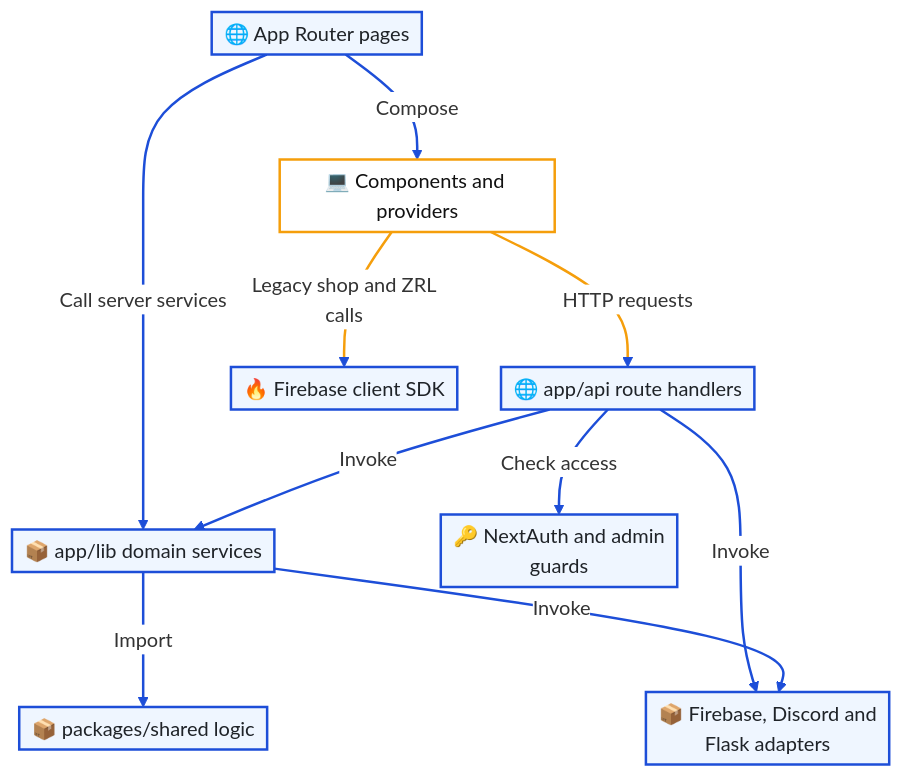
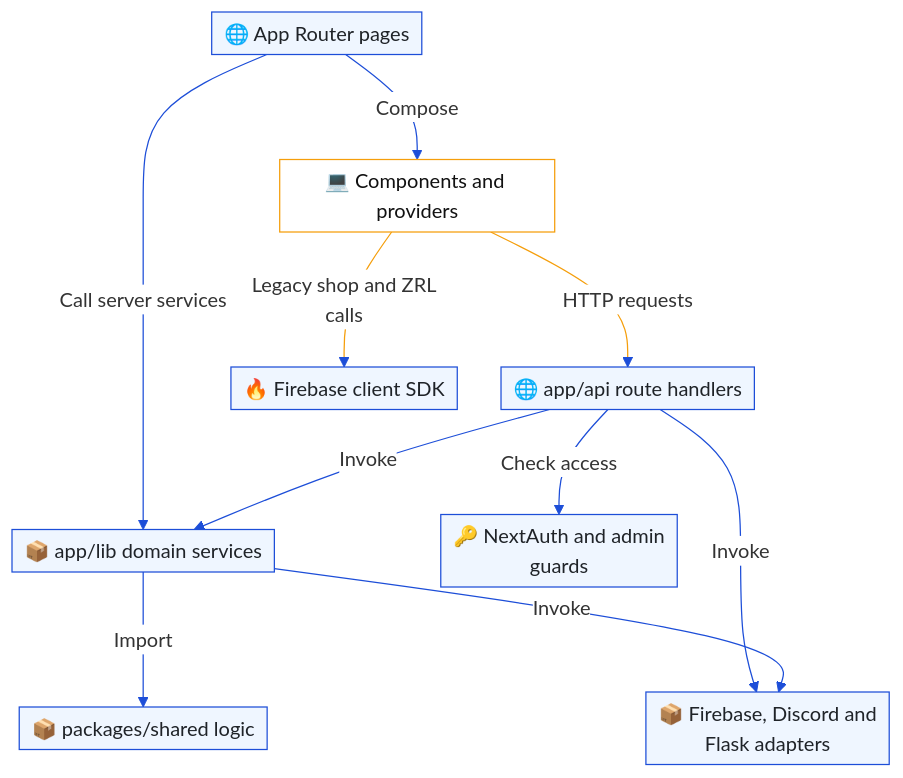
The first of 3 diagrams in docs/architecture/code-map.md (T00few2/dzr), drawn with Mermaid before and after one commit. The commit also changed other lines of this file and 34 other files, not shown here.

Commit message:
docs: use normal strokes and enforce 12px sequence labels

````diff
--- a/docs/architecture/code-map.md
+++ b/docs/architecture/code-map.md
@@ -14,32 +14,32 @@
 ```mermaid
 ---
 config:
   theme: base
   themeVariables:
     edgeLabelBackground: '#ffffff'
   themeCSS: |
     .edgeLabel, .edgeLabel p { font-size: 12px !important; }
     :is(&) { background: #ffffff; }
   flowchart:
     padding: 5
     nodeSpacing: 35
     rankSpacing: 60
 ---
 flowchart TB
     pages["🌐 App Router pages"] -->|Compose| ui["💻 Components and providers"]
     pages -->|Call server services| lib["📦 app/lib domain services"]
     ui -->|HTTP requests| routes["🌐 app/api route handlers"]
     routes -->|Check access| auth["🔑 NextAuth and admin<br/>guards"]
     routes -->|Invoke| lib
     lib -->|Import| shared["📦 packages/shared logic"]
     routes -->|Invoke| adapters["📦 Firebase, Discord and<br/>Flask adapters"]
     lib -->|Invoke| adapters
     ui -->|Legacy shop and ZRL<br/>calls| client["🔥 Firebase client SDK"]
-    classDef default fill:#eff6ff,stroke:#1d4ed8,stroke-width:2px,color:#1f2328
-    classDef external fill:#fff1f2,stroke:#b91c1c,stroke-width:2px,color:#1f2328
-    linkStyle default stroke:#1d4ed8,stroke-width:2px
-    classDef provider4 fill:#ffffff,stroke:#f59e0b,stroke-width:2px,color:#111111
+    classDef default fill:#eff6ff,stroke:#1d4ed8,color:#1f2328
+    classDef external fill:#fff1f2,stroke:#b91c1c,color:#1f2328
+    linkStyle default stroke:#1d4ed8
+    classDef provider4 fill:#ffffff,stroke:#f59e0b,color:#111111
     class ui provider4
-    linkStyle 2 stroke:#f59e0b,stroke-width:2px
-    linkStyle 8 stroke:#f59e0b,stroke-width:2px
+    linkStyle 2 stroke:#f59e0b
+    linkStyle 8 stroke:#f59e0b
 ```
````
